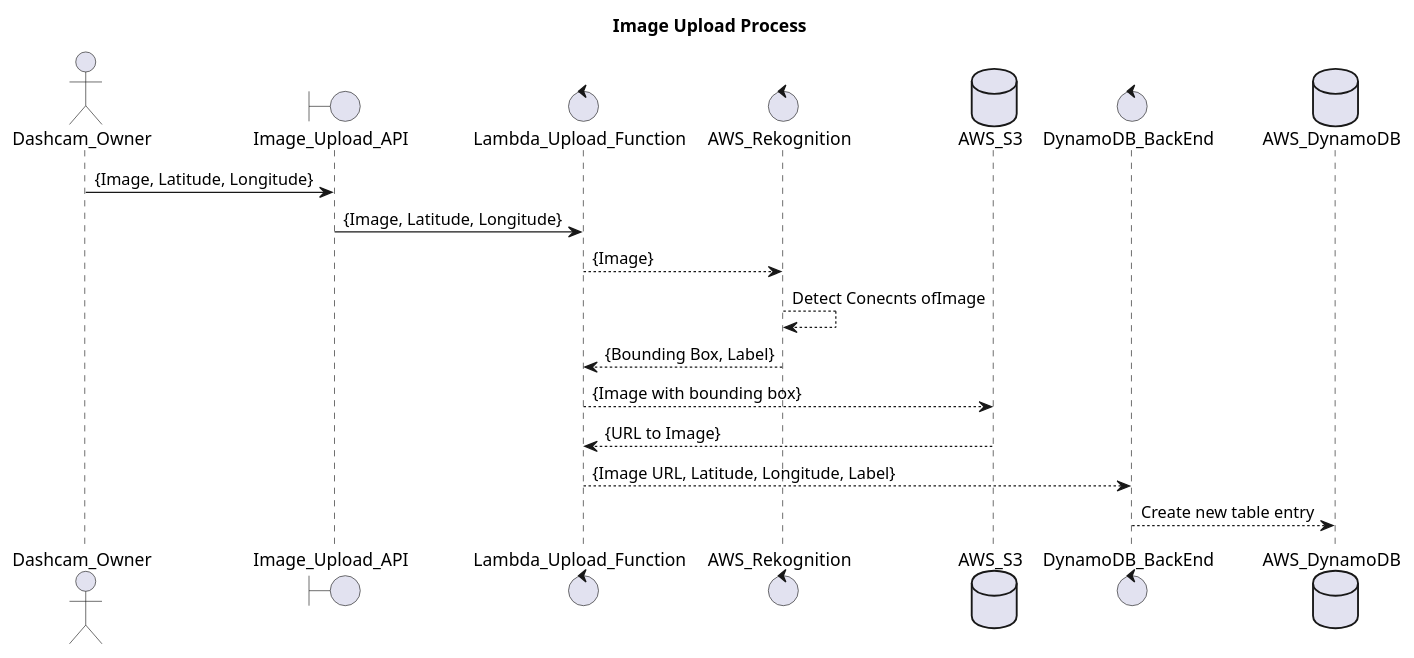
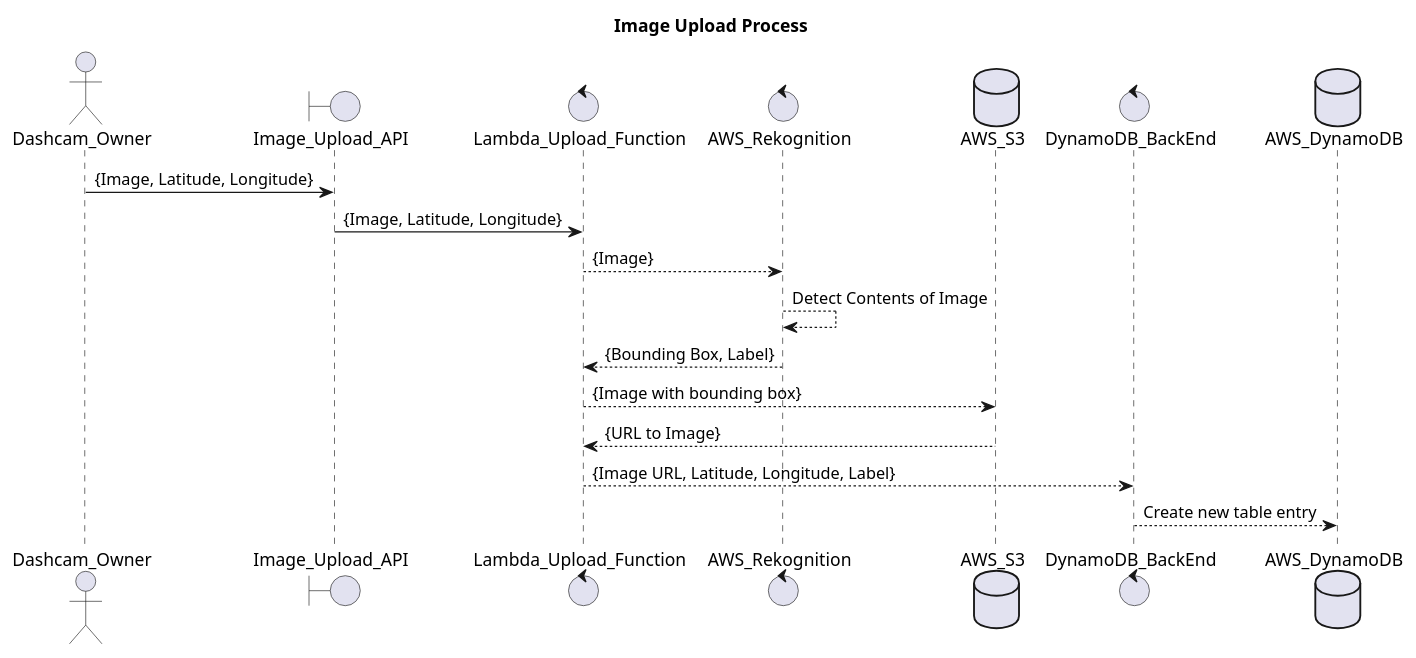
The diagram in sequence_diagrams/imaged_pushed_to_API_Sequence.wsd (mikebowyer/ECE528_Project), drawn with PlantUML before and after one commit. The commit also changed 1 other file, not shown here.

```diff
--- a/sequence_diagrams/imaged_pushed_to_API_Sequence.wsd
+++ b/sequence_diagrams/imaged_pushed_to_API_Sequence.wsd
@@ -1,23 +1,23 @@
 @startuml
 title Image Upload Process
 
 actor       Dashcam_Owner
 boundary    Image_Upload_API
 control     Lambda_Upload_Function
 control     AWS_Rekognition
 database    AWS_S3
 control     DynamoDB_BackEnd
 database    AWS_DynamoDB
 
 Dashcam_Owner -> Image_Upload_API: {Image, Latitude, Longitude}
 Image_Upload_API -> Lambda_Upload_Function: {Image, Latitude, Longitude}
 Lambda_Upload_Function --> AWS_Rekognition: {Image}
-AWS_Rekognition --> AWS_Rekognition: Detect Conecnts ofImage
+AWS_Rekognition --> AWS_Rekognition: Detect Contents of Image
 AWS_Rekognition --> Lambda_Upload_Function: {Bounding Box, Label}
 Lambda_Upload_Function --> AWS_S3: {Image with bounding box}
 Lambda_Upload_Function <-- AWS_S3: {URL to Image}
 Lambda_Upload_Function --> DynamoDB_BackEnd: {Image URL, Latitude, Longitude, Label}
 DynamoDB_BackEnd --> AWS_DynamoDB: Create new table entry
 
 
 @enduml
```
